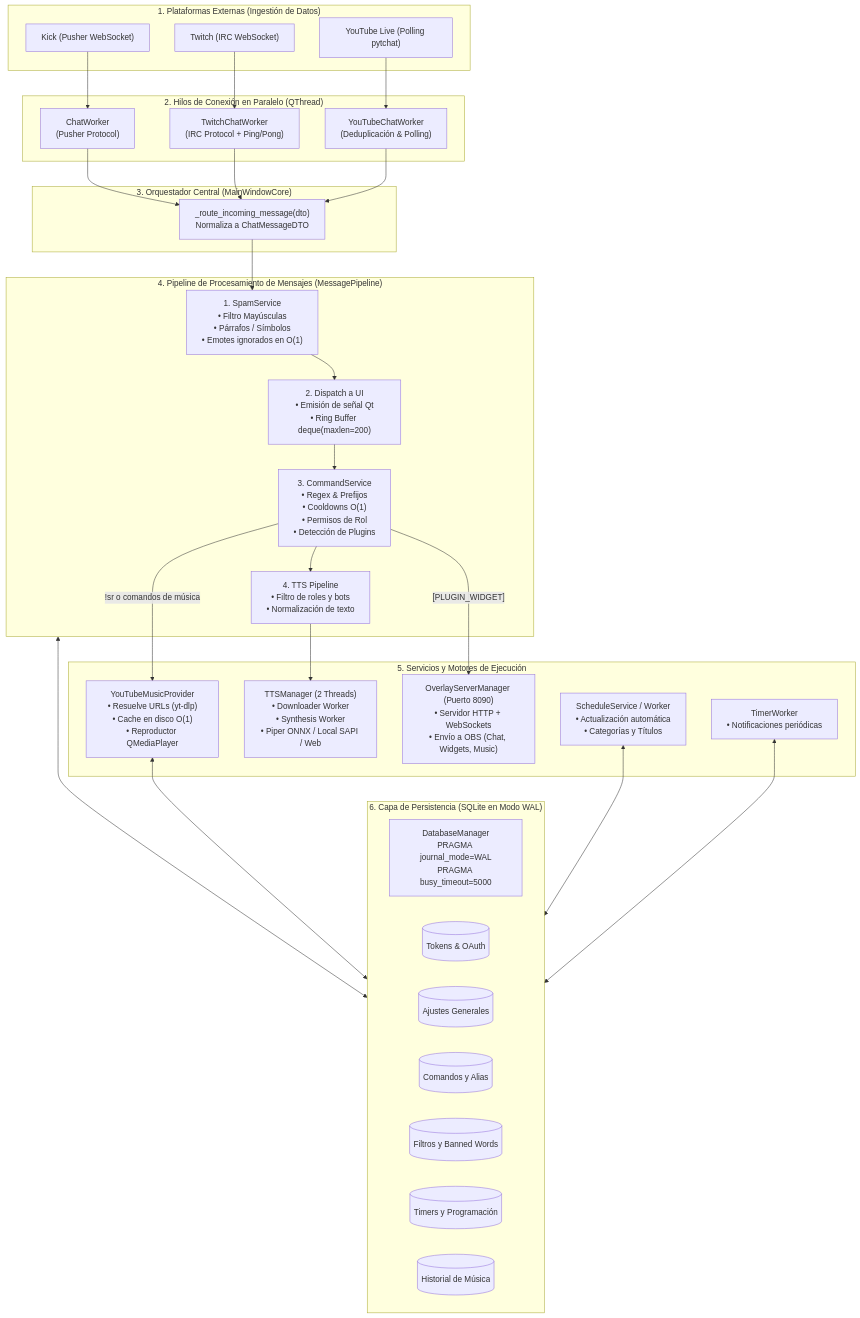
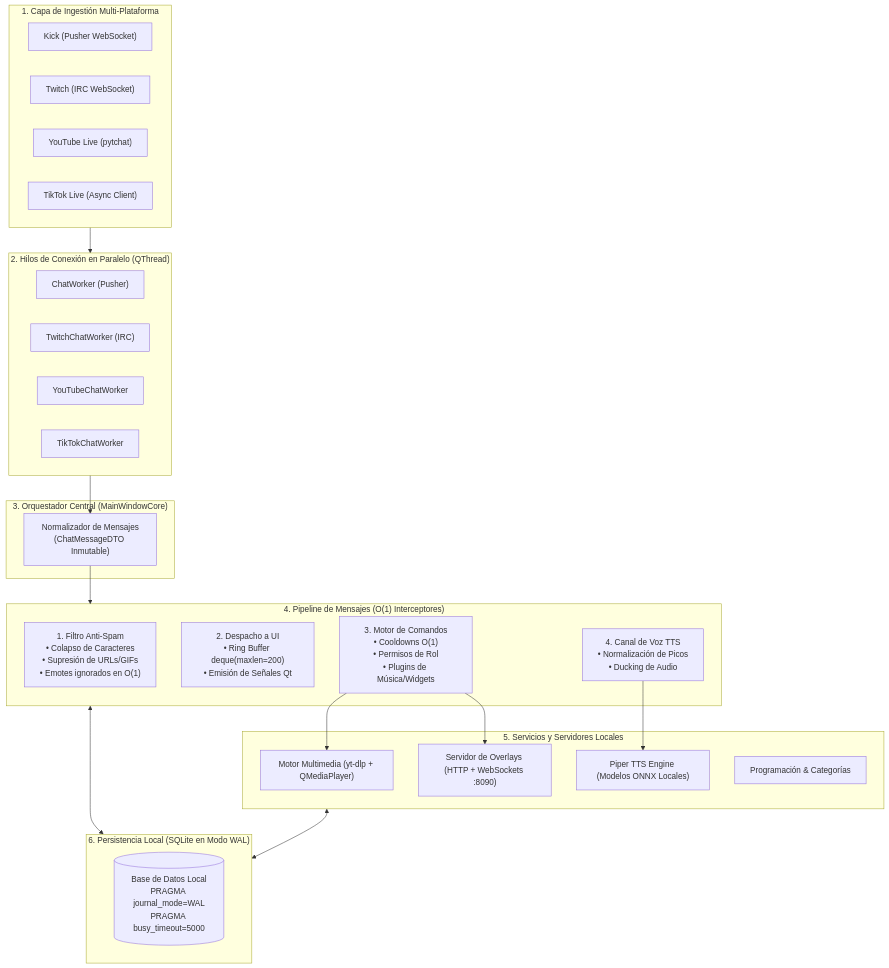
One commit to Andro2k/MiniKick changed the diagram in README.md. Above: the diagram before and after it, drawn with Mermaid. The commit also changed other lines of this file and 8 other files, not shown here.

````diff
--- a/README.md
+++ b/README.md
@@ -51,65 +90,47 @@
 ```mermaid
 flowchart TD
-    subgraph SOURCELAYER["1. Plataformas Externas (Ingestión de Datos)"]
-        KICK_EXT["Kick (Pusher WebSocket)"]
-        TWITCH_EXT["Twitch (IRC WebSocket)"]
-        YT_EXT["YouTube Live (Polling pytchat)"]
+    subgraph INGESTION["1. Capa de Ingestión Multi-Plataforma"]
+        KICK["Kick (Pusher WebSocket)"]
+        TWITCH["Twitch (IRC WebSocket)"]
+        YT["YouTube Live (pytchat)"]
+        TIKTOK["TikTok Live (Async Client)"]
     end
 
     subgraph WORKERS["2. Hilos de Conexión en Paralelo (QThread)"]
-        K_WORKER["ChatWorker\n(Pusher Protocol)"]
-        T_WORKER["TwitchChatWorker\n(IRC Protocol + Ping/Pong)"]
-        Y_WORKER["YouTubeChatWorker\n(Deduplicación & Polling)"]
+        K_WORK["ChatWorker (Pusher)"]
+        T_WORK["TwitchChatWorker (IRC)"]
+        Y_WORK["YouTubeChatWorker"]
+        TK_WORK["TikTokChatWorker"]
     end
 
-    subgraph CORE_ORCH["3. Orquestador Central (MainWindowCore)"]
-        ROUTE["_route_incoming_message(dto)\nNormaliza a ChatMessageDTO"]
+    subgraph CORE["3. Orquestador Central (MainWindowCore)"]
+        DISPATCH["Normalizador de Mensajes\n(ChatMessageDTO Inmutable)"]
     end
 
-    subgraph PIPELINE["4. Pipeline de Procesamiento de Mensajes (MessagePipeline)"]
-        STEP_SPAM["1. SpamService\n• Filtro Mayúsculas\n• Párrafos / Símbolos\n• Emotes ignorados en O(1)"]
-        STEP_UI["2. Dispatch a UI\n• Emisión de señal Qt\n• Ring Buffer deque(maxlen=200)"]
-        STEP_CMD["3. CommandService\n• Regex & Prefijos\n• Cooldowns O(1)\n• Permisos de Rol\n• Detección de Plugins"]
-        STEP_TTS["4. TTS Pipeline\n• Filtro de roles y bots\n• Normalización de texto"]
+    subgraph PIPELINE["4. Pipeline de Mensajes (O(1) Interceptores)"]
+        P_SPAM["1. Filtro Anti-Spam\n• Colapso de Caracteres\n• Supresión de URLs/GIFs\n• Emotes ignorados en O(1)"]
+        P_UI["2. Despacho a UI\n• Ring Buffer deque(maxlen=200)\n• Emisión de Señales Qt"]
+        P_CMD["3. Motor de Comandos\n• Cooldowns O(1)\n• Permisos de Rol\n• Plugins de Música/Widgets"]
+        P_TTS["4. Canal de Voz TTS\n• Normalización de Picos\n• Ducking de Audio"]
     end
 
-    subgraph ENGINES["5. Servicios y Motores de Ejecución"]
-        MUSIC_SRV["YouTubeMusicProvider\n• Resuelve URLs (yt-dlp)\n• Cache en disco O(1)\n• Reproductor QMediaPlayer"]
-        TTS_MGR["TTSManager (2 Threads)\n• Downloader Worker\n• Synthesis Worker\n• Piper ONNX / Local SAPI / Web"]
-        OVERLAY_SRV["OverlayServerManager (Puerto 8090)\n• Servidor HTTP + WebSockets\n• Envío a OBS (Chat, Widgets, Music)"]
-        SCHED_SRV["ScheduleService / Worker\n• Actualización automática\n• Categorías y Títulos"]
-        TIMER_SRV["TimerWorker\n• Notificaciones periódicas"]
+    subgraph SERVICES["5. Servicios y Servidores Locales"]
+        MUSIC["Motor Multimedia (yt-dlp + QMediaPlayer)"]
+        TTS["Piper TTS Engine (Modelos ONNX Locales)"]
+        OVERLAY["Servidor de Overlays (HTTP + WebSockets :8090)"]
+        SCHED["Programación & Categorías"]
     end
 
-    subgraph DATABASE["6. Capa de Persistencia (SQLite en Modo WAL)"]
-        DB["DatabaseManager\nPRAGMA journal_mode=WAL\nPRAGMA busy_timeout=5000"]
-        T_TOKENS[("Tokens & OAuth")]
-        T_SETTINGS[("Ajustes Generales")]
-        T_COMMANDS[("Comandos y Alias")]
-        T_SPAM[("Filtros y Banned Words")]
-        T_TIMERS[("Timers y Programación")]
-        T_MUSIC[("Historial de Música")]
+    subgraph DATABASE["6. Persistencia Local (SQLite en Modo WAL)"]
+        DB[("Base de Datos Local\nPRAGMA journal_mode=WAL\nPRAGMA busy_timeout=5000")]
     end
 
-    KICK_EXT --> K_WORKER
-    TWITCH_EXT --> T_WORKER
-    YT_EXT --> Y_WORKER
-
-    K_WORKER --> ROUTE
-    T_WORKER --> ROUTE
-    Y_WORKER --> ROUTE
-
-    ROUTE --> STEP_SPAM
-    STEP_SPAM --> STEP_UI
-    STEP_UI --> STEP_CMD
-    STEP_CMD --> STEP_TTS
-
-    STEP_CMD -->|"!sr o comandos de música"| MUSIC_SRV
-    STEP_CMD -->|"[PLUGIN_WIDGET]"| OVERLAY_SRV
-    STEP_TTS --> TTS_MGR
-
+    INGESTION --> WORKERS
+    WORKERS --> DISPATCH
+    DISPATCH --> PIPELINE
+    P_CMD --> MUSIC
+    P_CMD --> OVERLAY
+    P_TTS --> TTS
     PIPELINE <--> DATABASE
-    MUSIC_SRV <--> DATABASE
-    SCHED_SRV <--> DATABASE
-    TIMER_SRV <--> DATABASE
+    SERVICES <--> DATABASE
 ```
````
